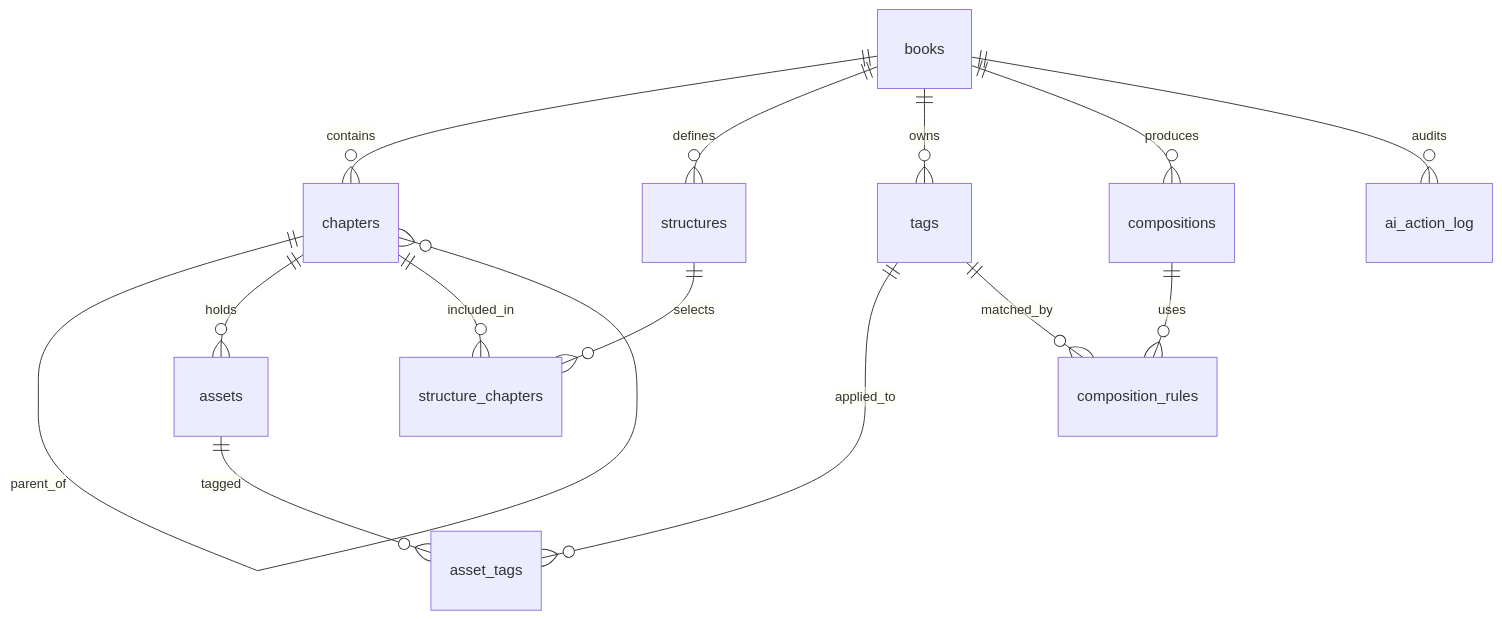
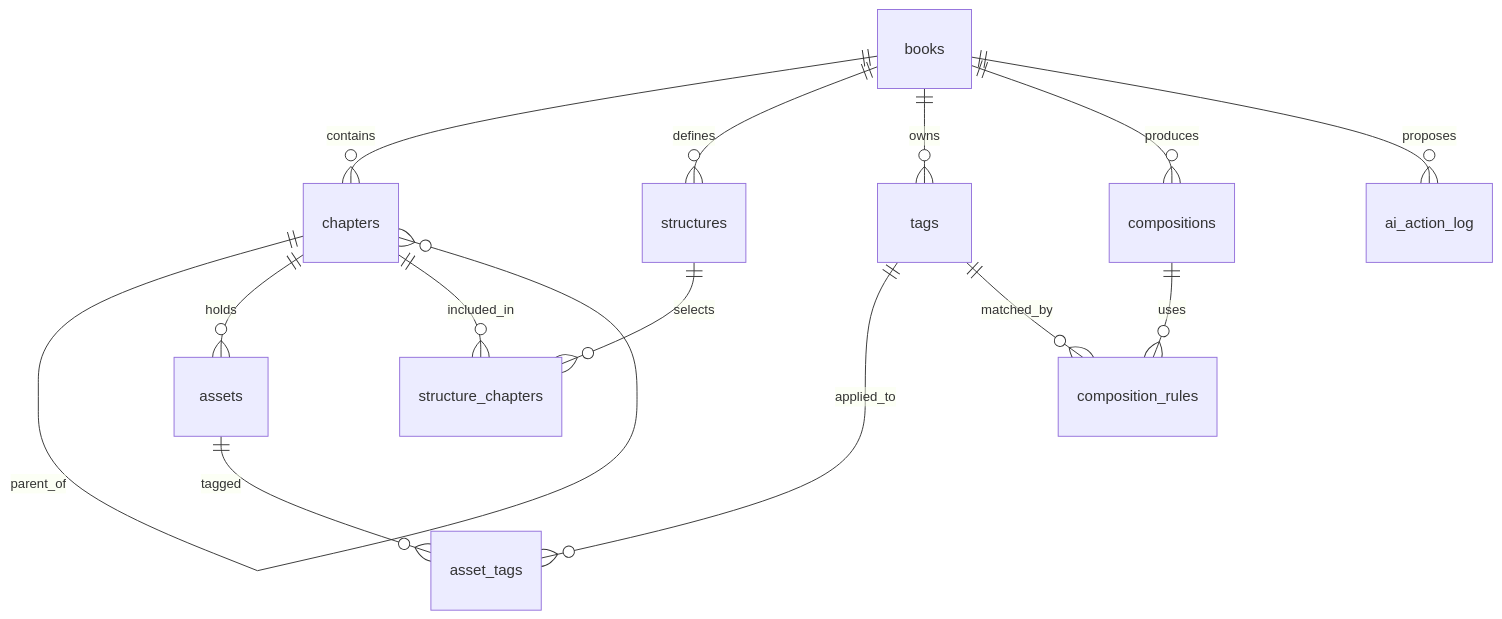
Before and after one commit to rykhalskyi/booktailor: the diagram in wiki/pages/research/domain-schema.md, drawn with Mermaid. The commit also changed other lines of this file and 19 other files, not shown here.

````diff
--- a/wiki/pages/research/domain-schema.md
+++ b/wiki/pages/research/domain-schema.md
@@ -35,16 +35,16 @@
 ```mermaid
 erDiagram
     books ||--o{ chapters : contains
     books ||--o{ structures : defines
     books ||--o{ tags : owns
     books ||--o{ compositions : produces
-    books ||--o{ ai_action_log : audits
+    books ||--o{ ai_action_log : proposes
     chapters ||--o{ chapters : parent_of
     chapters ||--o{ assets : holds
     structures ||--o{ structure_chapters : selects
     chapters ||--o{ structure_chapters : included_in
     assets ||--o{ asset_tags : tagged
     tags ||--o{ asset_tags : applied_to
     compositions ||--o{ composition_rules : uses
     tags ||--o{ composition_rules : matched_by
 ```
````
